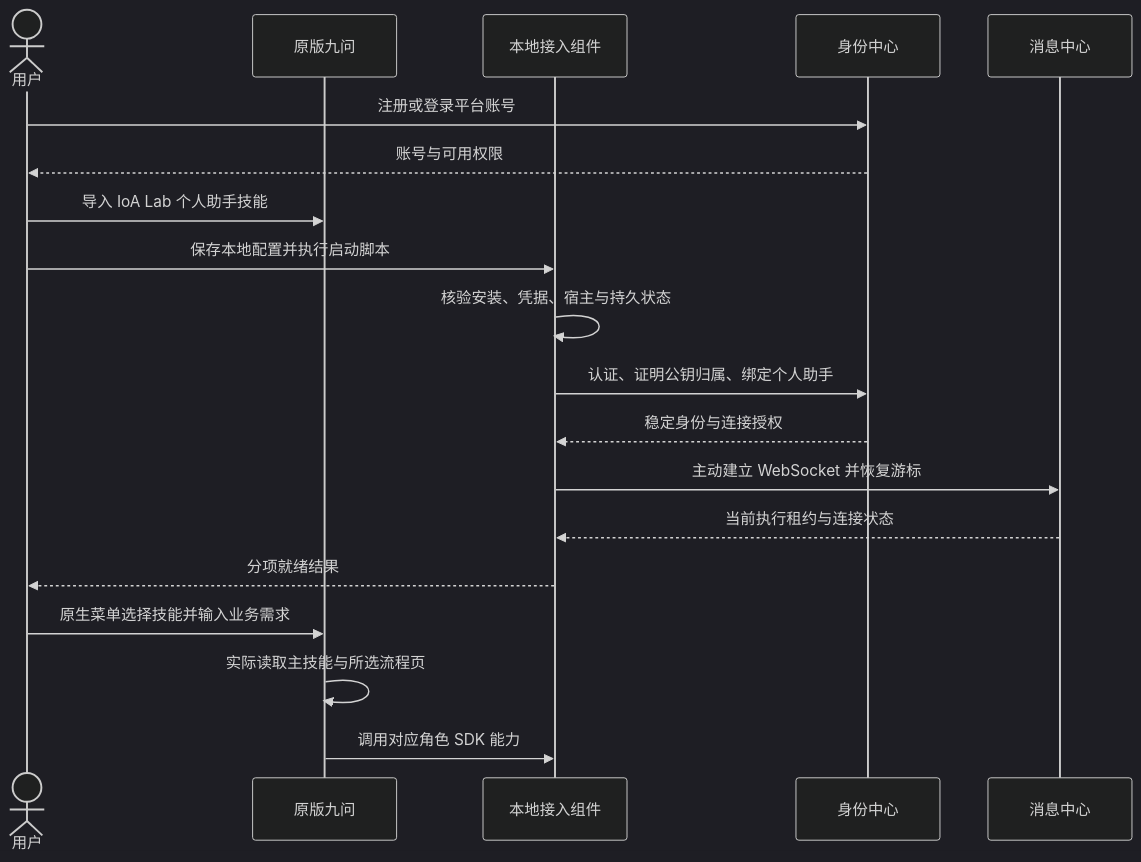
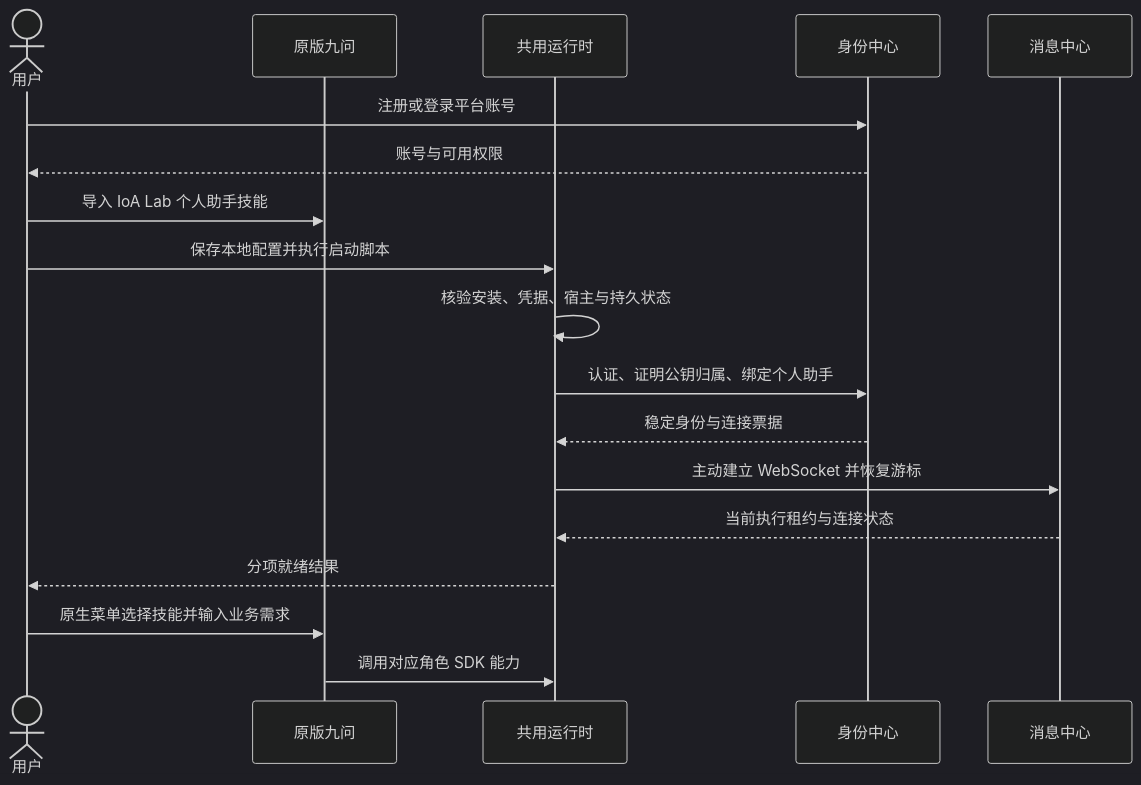
Before and after one commit to Weizheng96/Jiuwen-IoA-Lab: the diagram in 设计/流程/个人助手接入.md, drawn with Mermaid (dark theme). The commit also changed other lines of this file and 106 other files, not shown here.

````diff
--- a/设计/流程/个人助手接入.md
+++ b/设计/流程/个人助手接入.md
@@ -22,21 +22,20 @@
 ```mermaid
 sequenceDiagram
     actor U as 用户
     participant J as 原版九问
-    participant R as 本地接入组件
+    participant R as 共用运行时
     participant I as 身份中心
     participant M as 消息中心
     U->>I: 注册或登录平台账号
     I-->>U: 账号与可用权限
     U->>J: 导入 IoA Lab 个人助手技能
     U->>R: 保存本地配置并执行启动脚本
     R->>R: 核验安装、凭据、宿主与持久状态
     R->>I: 认证、证明公钥归属、绑定个人助手
-    I-->>R: 稳定身份与连接授权
+    I-->>R: 稳定身份与连接票据
     R->>M: 主动建立 WebSocket 并恢复游标
     M-->>R: 当前执行租约与连接状态
     R-->>U: 分项就绪结果
     U->>J: 原生菜单选择技能并输入业务需求
-    J->>J: 实际读取主技能与所选流程页
     J->>R: 调用对应角色 SDK 能力
 ```
````
